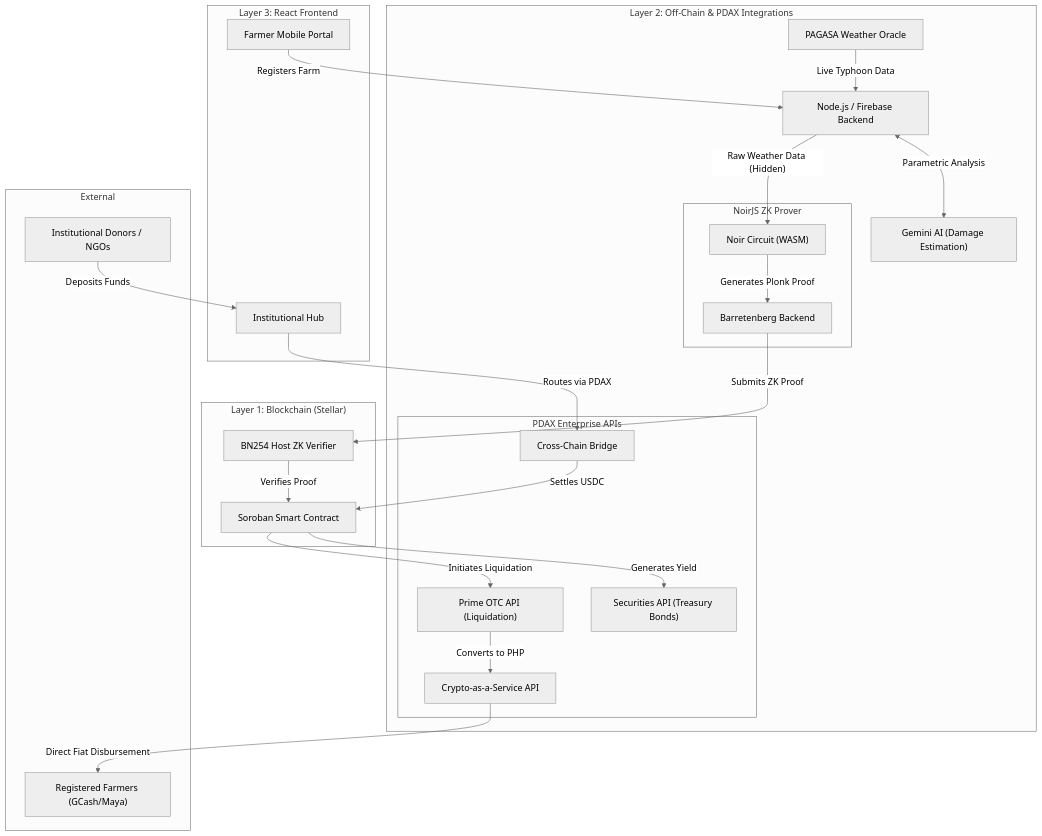
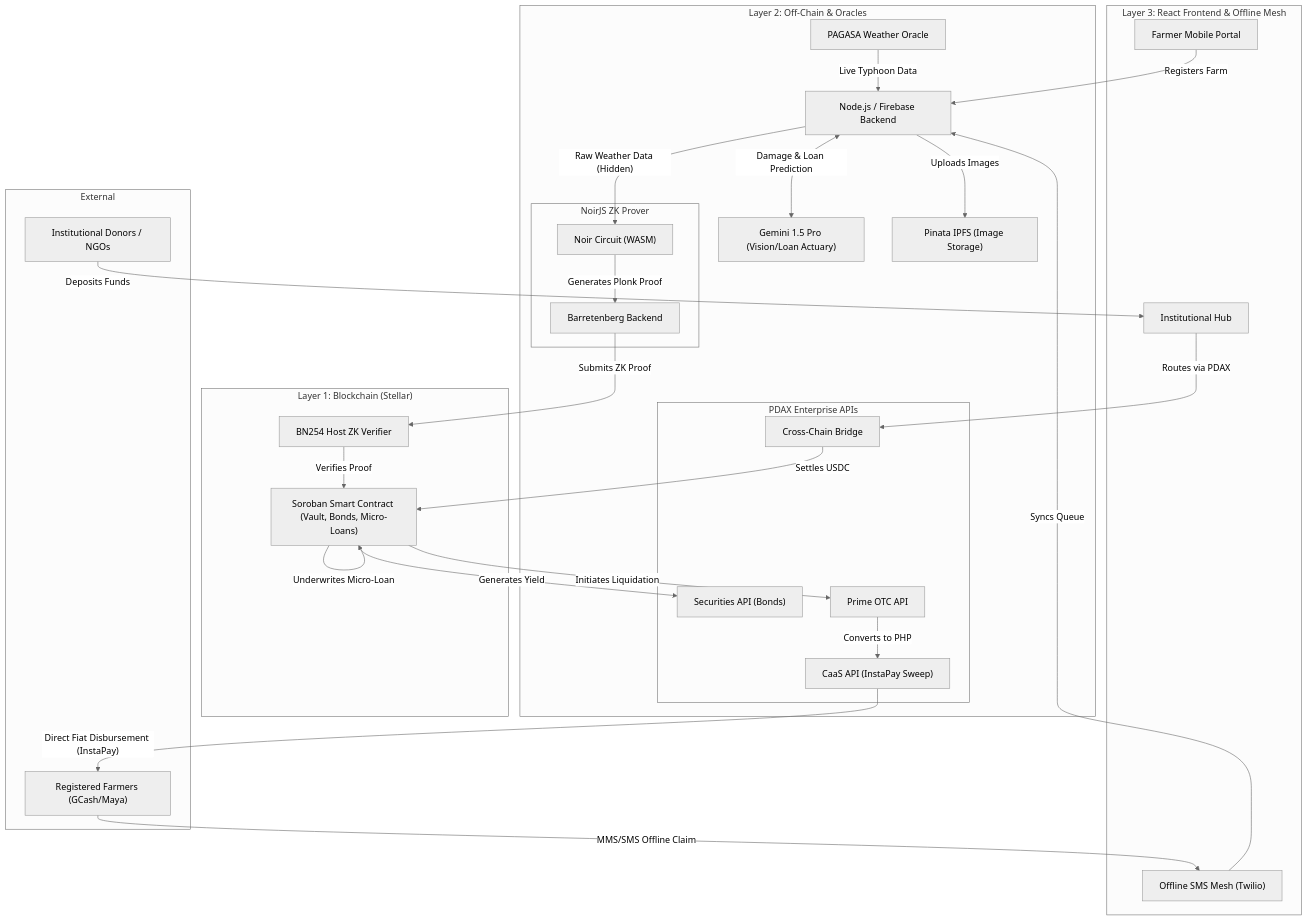
Before and after one commit to PrinceDale99/TyFi: the diagram in README.md, drawn with Mermaid (neutral theme). The commit also changed other lines of this file, not shown here.

Commit message:
docs: Update README architecture diagram and text

````diff
--- a/README.md
+++ b/README.md
@@ -76,53 +76,60 @@
 ```mermaid
 graph TD
-    subgraph L3 ["Layer 3: React Frontend"]
+    subgraph L3 ["Layer 3: React Frontend & Offline Mesh"]
         FMP["Farmer Mobile Portal"]
         IH["Institutional Hub"]
+        SMS["Offline SMS Mesh (Twilio)"]
     end
 
-    subgraph L2 ["Layer 2: Off-Chain & PDAX Integrations"]
+    subgraph L2 ["Layer 2: Off-Chain & Oracles"]
         BE["Node.js / Firebase Backend"]
-        AI["Gemini AI (Damage Estimation)"]
+        AI["Gemini 1.5 Pro (Vision/Loan Actuary)"]
+        IPFS["Pinata IPFS (Image Storage)"]
         Oracle["PAGASA Weather Oracle"]
         
         subgraph ZK ["NoirJS ZK Prover"]
             NC["Noir Circuit (WASM)"]
             BB["Barretenberg Backend"]
         end
         
         subgraph PDAX ["PDAX Enterprise APIs"]
             P_Bridge["Cross-Chain Bridge"]
-            P_Sec["Securities API (Treasury Bonds)"]
-            P_OTC["Prime OTC API (Liquidation)"]
-            P_CaaS["Crypto-as-a-Service API"]
+            P_Sec["Securities API (Bonds)"]
+            P_OTC["Prime OTC API"]
+            P_CaaS["CaaS API (InstaPay Sweep)"]
         end
     end
 
     subgraph L1 ["Layer 1: Blockchain (Stellar)"]
-        SC["Soroban Smart Contract"]
+        SC["Soroban Smart Contract (Vault, Bonds, Micro-Loans)"]
         ZKV["BN254 Host ZK Verifier"]
     end
     
     subgraph Users ["External"]
         NGO["Institutional Donors / NGOs"]
         Farmer["Registered Farmers (GCash/Maya)"]
     end
 
     NGO -->|"Deposits Funds"| IH
     IH -->|"Routes via PDAX"| P_Bridge
     P_Bridge -->|"Settles USDC"| SC
     
     FMP -->|"Registers Farm"| BE
+    Farmer -->|"MMS/SMS Offline Claim"| SMS
+    SMS -->|"Syncs Queue"| BE
     Oracle -->|"Live Typhoon Data"| BE
-    BE <-->|"Parametric Analysis"| AI
+    
+    BE -->|"Uploads Images"| IPFS
+    BE <-->|"Damage & Loan Prediction"| AI
     
     BE -->|"Raw Weather Data (Hidden)"| NC
     NC -->|"Generates Plonk Proof"| BB
     BB -->|"Submits ZK Proof"| ZKV
     ZKV -->|"Verifies Proof"| SC
     
     SC -->|"Generates Yield"| P_Sec
+    SC -->|"Underwrites Micro-Loan"| SC
     SC -->|"Initiates Liquidation"| P_OTC
     P_OTC -->|"Converts to PHP"| P_CaaS
-    P_CaaS -->|"Direct Fiat Disbursement"| Farmer
+    P_CaaS -->|"Direct Fiat Disbursement (InstaPay)"| Farmer
 ```
````
